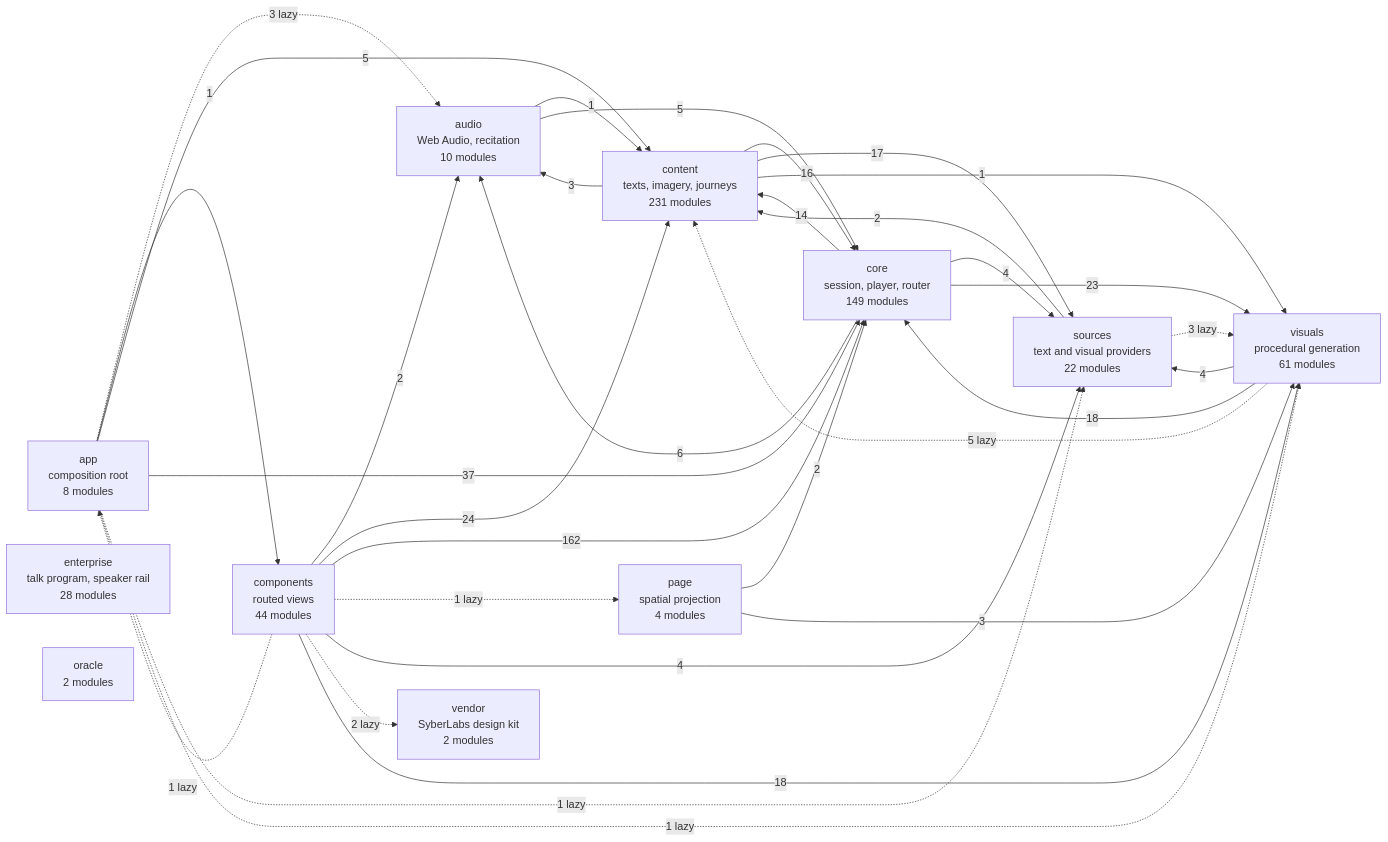
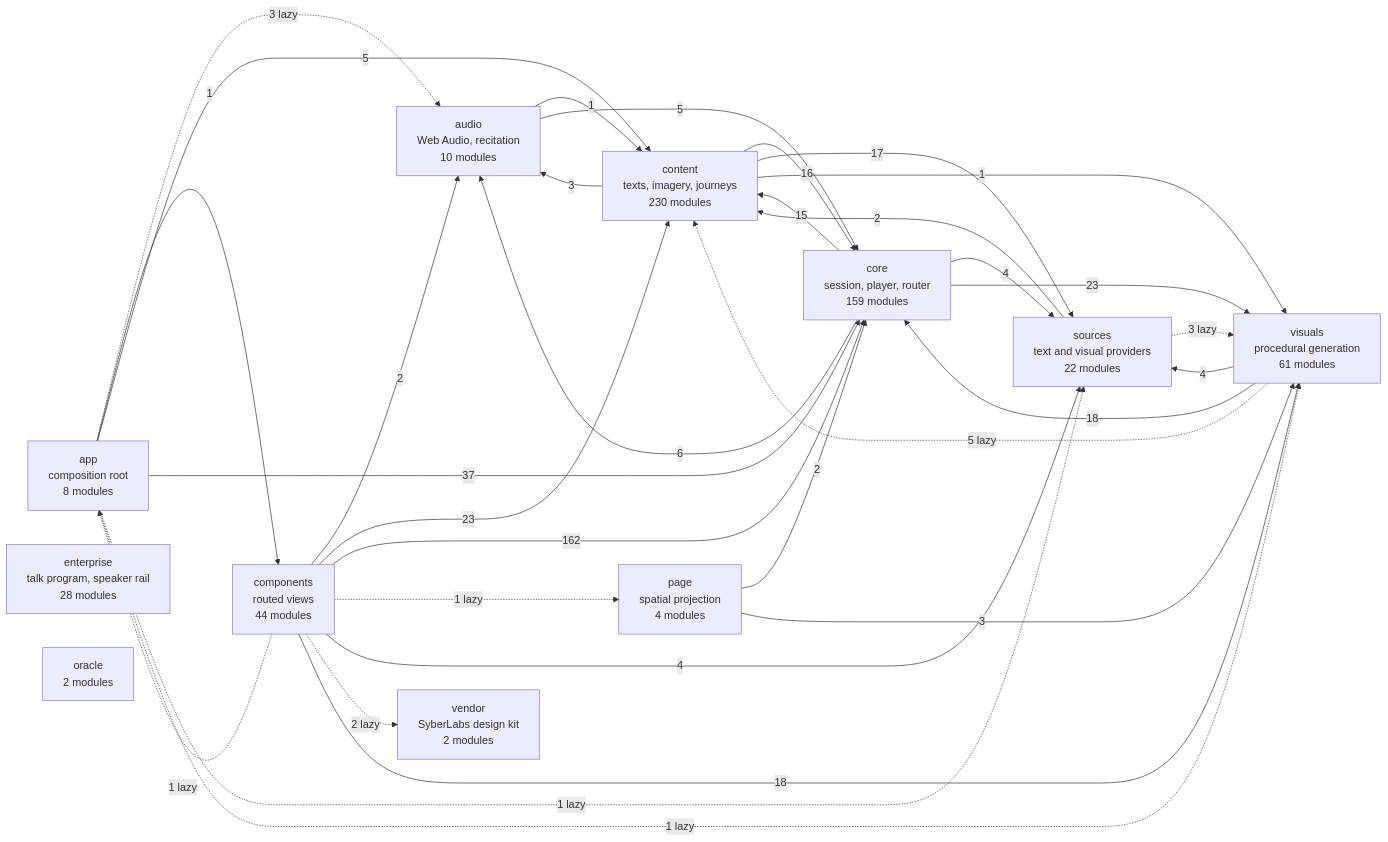
One commit to SyberLabs/RISE changed the diagram in docs/specs/ARCHITECTURE.md. Above: the diagram before and after it, drawn with Mermaid. The commit also changed 16 other files, not shown here.

````diff
--- a/docs/specs/ARCHITECTURE.md
+++ b/docs/specs/ARCHITECTURE.md
@@ -160,46 +160,46 @@
 ```mermaid
 flowchart LR
     app["app<br/>composition root<br/>8 modules"]
     audio["audio<br/>Web Audio, recitation<br/>10 modules"]
     components["components<br/>routed views<br/>44 modules"]
-    content["content<br/>texts, imagery, journeys<br/>231 modules"]
-    core["core<br/>session, player, router<br/>149 modules"]
+    content["content<br/>texts, imagery, journeys<br/>230 modules"]
+    core["core<br/>session, player, router<br/>159 modules"]
     enterprise["enterprise<br/>talk program, speaker rail<br/>28 modules"]
     oracle["oracle<br/>2 modules"]
     page["page<br/>spatial projection<br/>4 modules"]
     sources["sources<br/>text and visual providers<br/>22 modules"]
     vendor["vendor<br/>SyberLabs design kit<br/>2 modules"]
     visuals["visuals<br/>procedural generation<br/>61 modules"]
 
     app -.-> |3 lazy| audio
     app --> |1| components
     app --> |5| content
     app --> |37| core
     app -.-> |1 lazy| sources
     app -.-> |1 lazy| visuals
     audio --> |1| content
     audio --> |5| core
     components -.-> |1 lazy| app
     components --> |2| audio
-    components --> |24| content
+    components --> |23| content
     components --> |162| core
     components -.-> |1 lazy| page
     components --> |4| sources
     components -.-> |2 lazy| vendor
     components --> |18| visuals
     content --> |3| audio
     content --> |16| core
     content --> |17| sources
     content --> |1| visuals
     core --> |6| audio
-    core --> |14| content
+    core --> |15| content
     core --> |4| sources
     core --> |23| visuals
     page --> |2| core
     page --> |3| visuals
     sources --> |2| content
     sources -.-> |3 lazy| visuals
     visuals -.-> |5 lazy| content
     visuals --> |18| core
     visuals --> |4| sources
 ```
````
